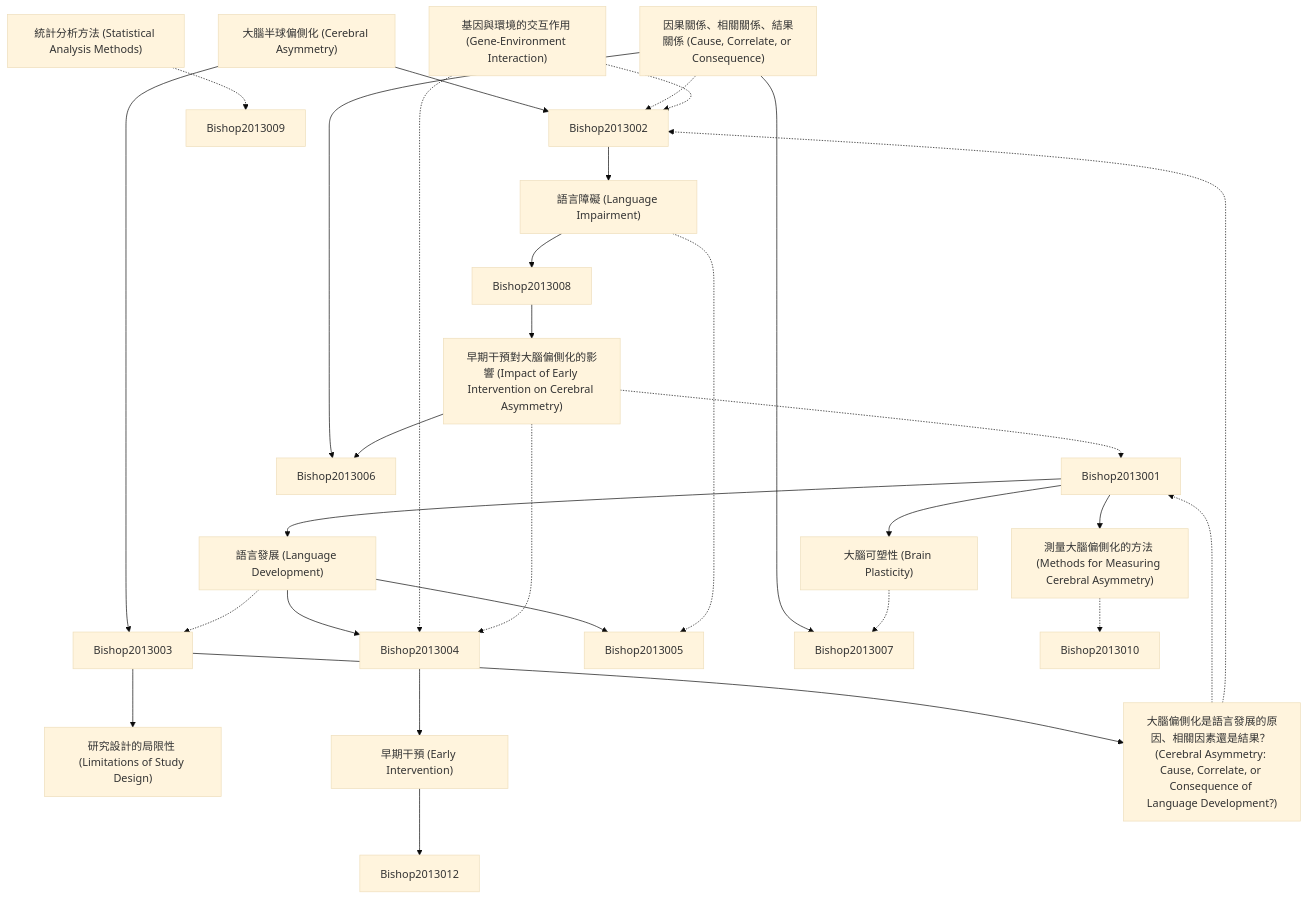
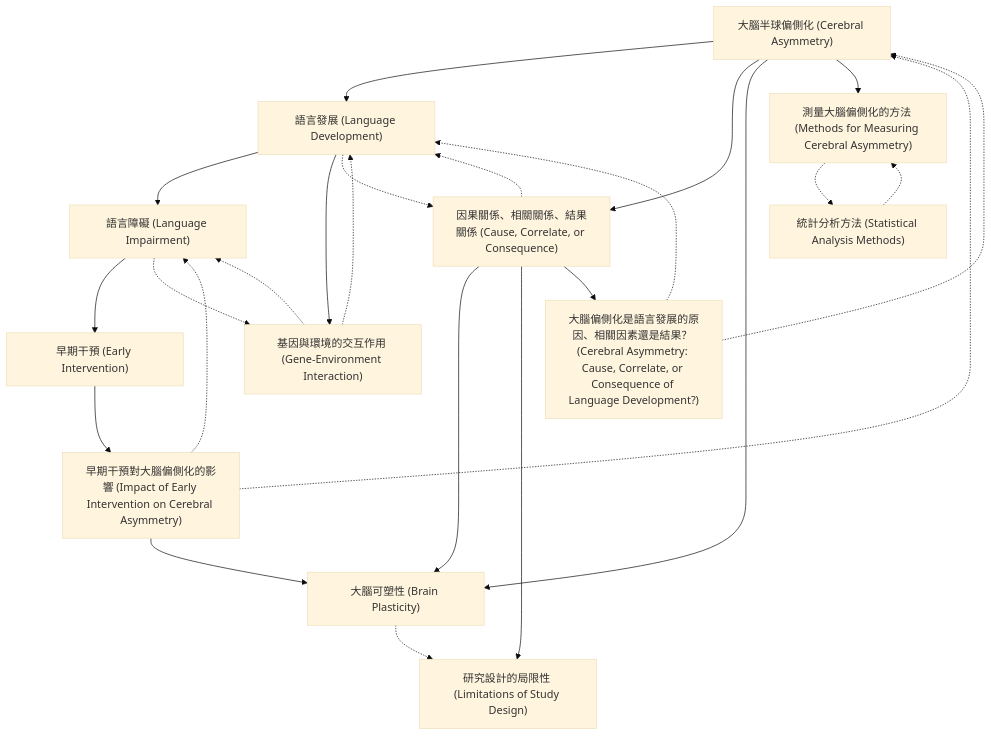
One commit to SCgeeker/Claude_Journal_Club_Agents changed the diagram in output/zettelkasten_notes/zettel_Bishop-2013_20251104/zettel_index.md. Above: the diagram before and after it, drawn with Mermaid (base theme). The commit also changed 776 other files, not shown here.

````diff
--- a/output/zettelkasten_notes/zettel_Bishop-2013_20251104/zettel_index.md
+++ b/output/zettelkasten_notes/zettel_Bishop-2013_20251104/zettel_index.md
@@ -116,62 +116,55 @@
 
     Bishop-2013-012["早期干預對大腦偏側化的影響 (Impact of Early Intervention on Cerebral Asymmetry)"]
 
-    Bishop-2013-001 --> Bishop2013002
+    Bishop-2013-001 --> Bishop-2013-002
 
-    Bishop-2013-001 --> Bishop2013003
+    Bishop-2013-001 --> Bishop-2013-003
 
-    Bishop2013001 --> Bishop-2013-002
 
-    Bishop-2013-002 --> Bishop2013004
+    Bishop-2013-002 --> Bishop-2013-004
 
-    Bishop-2013-002 --> Bishop2013005
+    Bishop-2013-002 --> Bishop-2013-005
 
-    Bishop-2013-002 -.-> Bishop2013003
+    Bishop-2013-002 -.-> Bishop-2013-003
 
-    Bishop-2013-003 --> Bishop2013006
+    Bishop-2013-003 --> Bishop-2013-006
 
-    Bishop-2013-003 --> Bishop2013007
+    Bishop-2013-003 --> Bishop-2013-007
 
-    Bishop-2013-003 -.-> Bishop2013002
+    Bishop-2013-003 -.-> Bishop-2013-002
 
-    Bishop2013002 --> Bishop-2013-004
 
-    Bishop-2013-004 --> Bishop2013008
+    Bishop-2013-004 --> Bishop-2013-008
 
-    Bishop-2013-004 -.-> Bishop2013005
+    Bishop-2013-004 -.-> Bishop-2013-005
 
-    Bishop-2013-005 -.-> Bishop2013002
+    Bishop-2013-005 -.-> Bishop-2013-002
 
-    Bishop-2013-005 -.-> Bishop2013004
+    Bishop-2013-005 -.-> Bishop-2013-004
 
-    Bishop2013001 --> Bishop-2013-006
+    Bishop-2013-001 --> Bishop-2013-006
 
-    Bishop-2013-006 -.-> Bishop2013007
+    Bishop-2013-006 -.-> Bishop-2013-007
 
-    Bishop2013003 --> Bishop-2013-007
+    Bishop-2013-008 --> Bishop-2013-012
 
-    Bishop2013004 --> Bishop-2013-008
+    Bishop-2013-001 --> Bishop-2013-009
 
-    Bishop-2013-008 --> Bishop2013012
+    Bishop-2013-009 -.-> Bishop-2013-010
 
-    Bishop2013001 --> Bishop-2013-009
+    Bishop-2013-010 -.-> Bishop-2013-009
 
-    Bishop-2013-009 -.-> Bishop2013010
+    Bishop-2013-003 --> Bishop-2013-011
 
-    Bishop-2013-010 -.-> Bishop2013009
+    Bishop-2013-011 -.-> Bishop-2013-001
 
-    Bishop2013003 --> Bishop-2013-011
+    Bishop-2013-011 -.-> Bishop-2013-002
 
-    Bishop-2013-011 -.-> Bishop2013001
 
-    Bishop-2013-011 -.-> Bishop2013002
+    Bishop-2013-012 --> Bishop-2013-006
 
-    Bishop2013008 --> Bishop-2013-012
+    Bishop-2013-012 -.-> Bishop-2013-001
 
-    Bishop-2013-012 --> Bishop2013006
-
-    Bishop-2013-012 -.-> Bishop2013001
-
-    Bishop-2013-012 -.-> Bishop2013004
+    Bishop-2013-012 -.-> Bishop-2013-004
 
 ```
````
